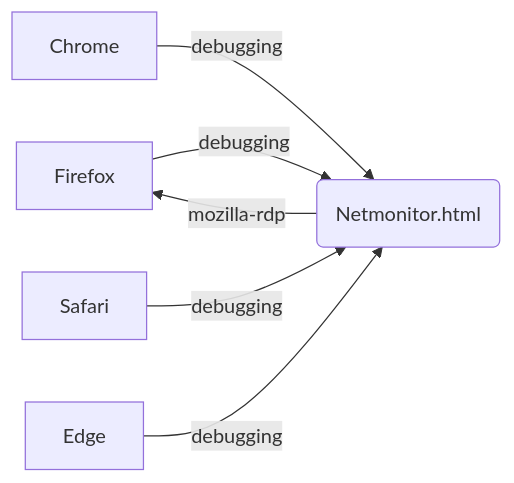
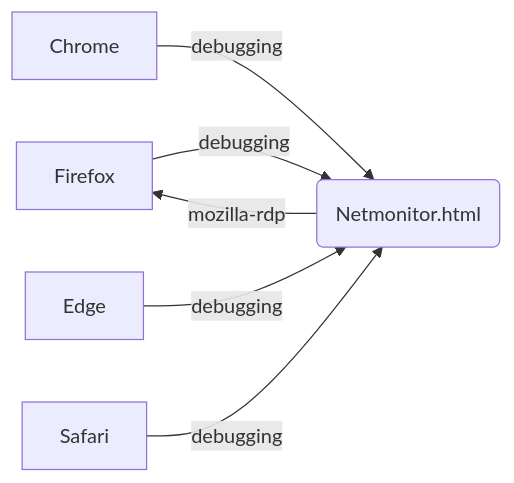
One commit to gasolin/blog changed the second of 5 diagrams in source/_posts/current-progress-of-netmonitor-html.md. Above: the diagram before and after it, drawn with Mermaid. The commit also changed other lines of this file, not shown here.

Commit message:
update diagram

```diff
--- a/source/_posts/current-progress-of-netmonitor-html.md
+++ b/source/_posts/current-progress-of-netmonitor-html.md
@@ -30,8 +30,8 @@
 {% mermaid %}
 graph LR
 Firefox -- debugging --> netmonitor(Netmonitor.html)
+netmonitor -- mozilla-rdp --> Firefox
 Chrome -- debugging --> netmonitor
+Edge -- debugging --> netmonitor
 Safari -- debugging --> netmonitor
-Edge -- debugging --> netmonitor
-netmonitor -- mozilla-rdp --> Firefox
 {% endmermaid %}
```
